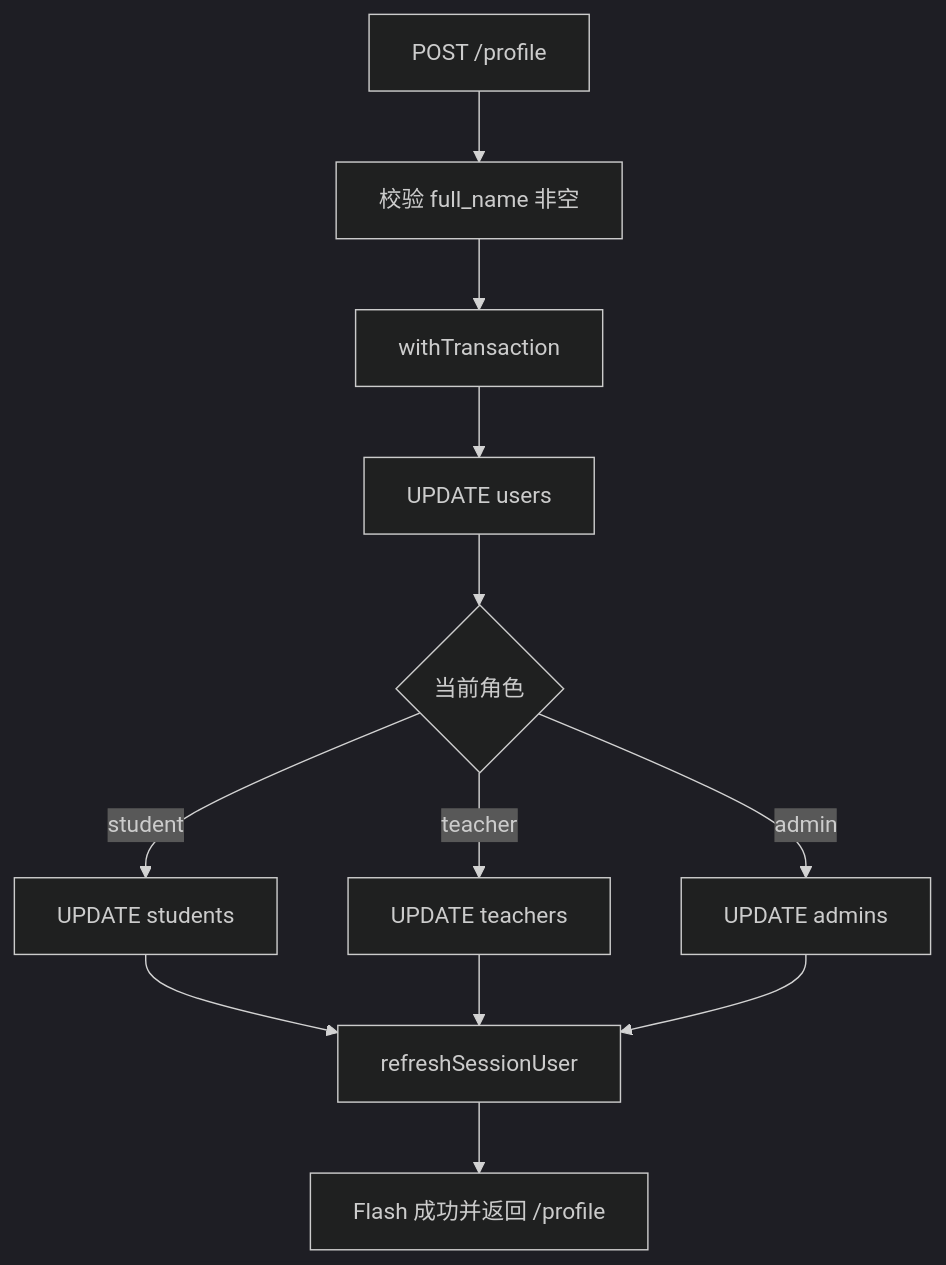
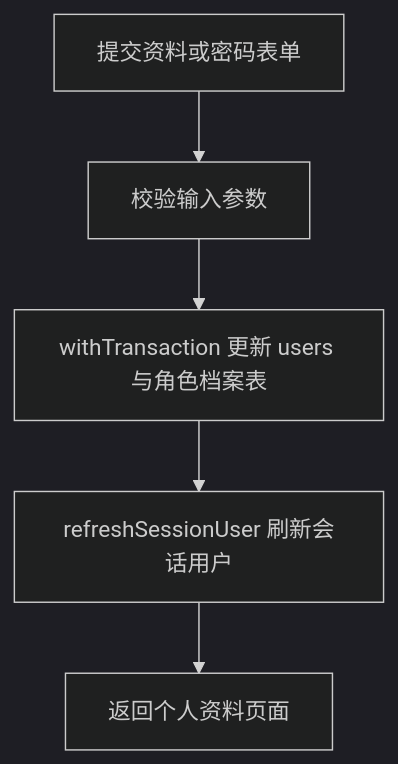
Before and after one commit to llkww/jiaoxue: the third of 29 diagrams in docs/系统设计说明.md, drawn with Mermaid (dark theme). The commit also changed other lines of this file and 1 other file, not shown here.

````diff
--- a/docs/系统设计说明.md
+++ b/docs/系统设计说明.md
@@ -295,14 +290,7 @@
 ```mermaid
 flowchart TD
-  A[POST /profile] --> B[校验 full_name 非空]
-  B --> C[withTransaction]
-  C --> D[UPDATE users]
-  D --> E{当前角色}
-  E -- student --> F[UPDATE students]
-  E -- teacher --> G[UPDATE teachers]
-  E -- admin --> H[UPDATE admins]
-  F --> I[refreshSessionUser]
-  G --> I
-  H --> I
-  I --> J[Flash 成功并返回 /profile]
+  A[提交资料或密码表单] --> B[校验输入参数]
+  B --> C[withTransaction 更新 users 与角色档案表]
+  C --> D[refreshSessionUser 刷新会话用户]
+  D --> E[返回个人资料页面]
 ```
````
